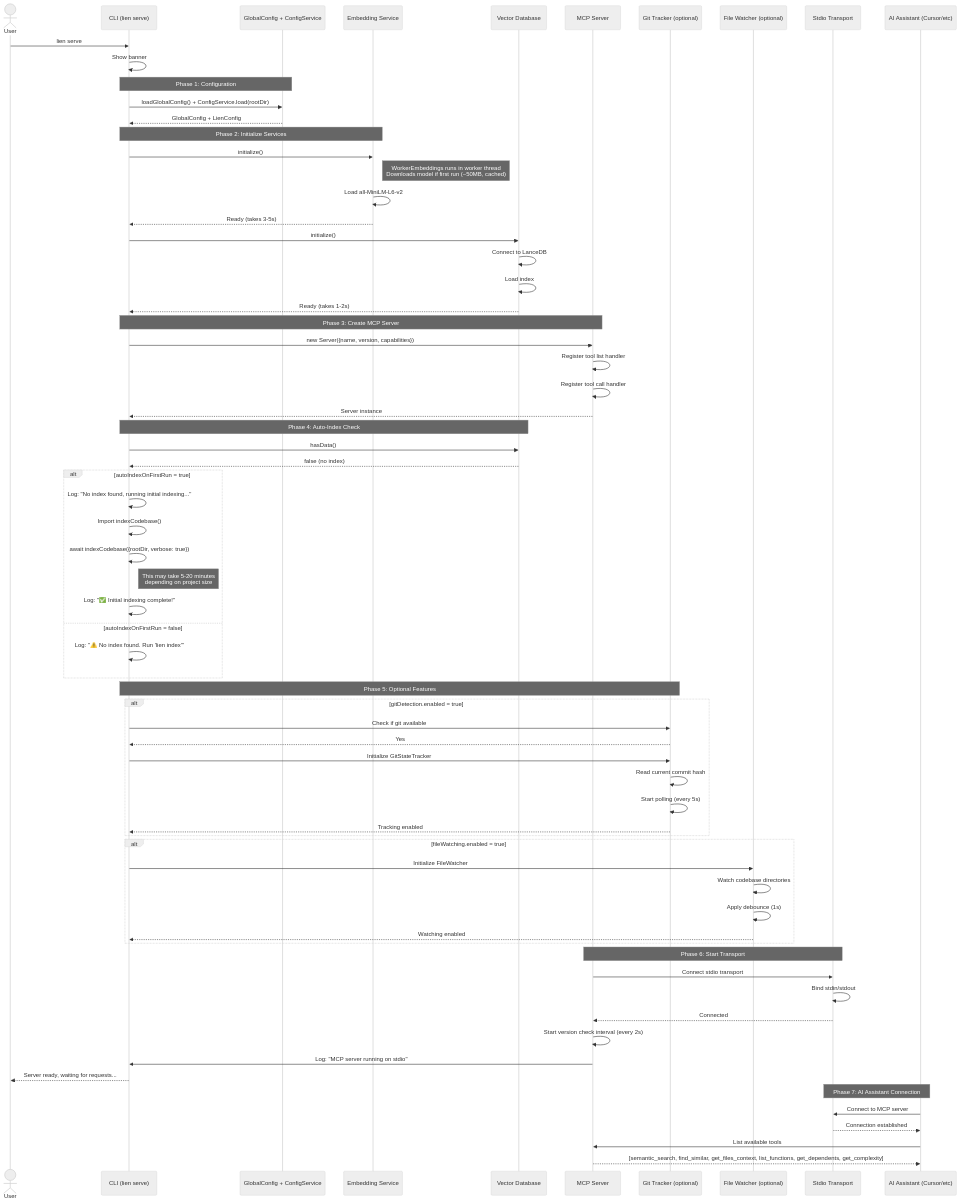
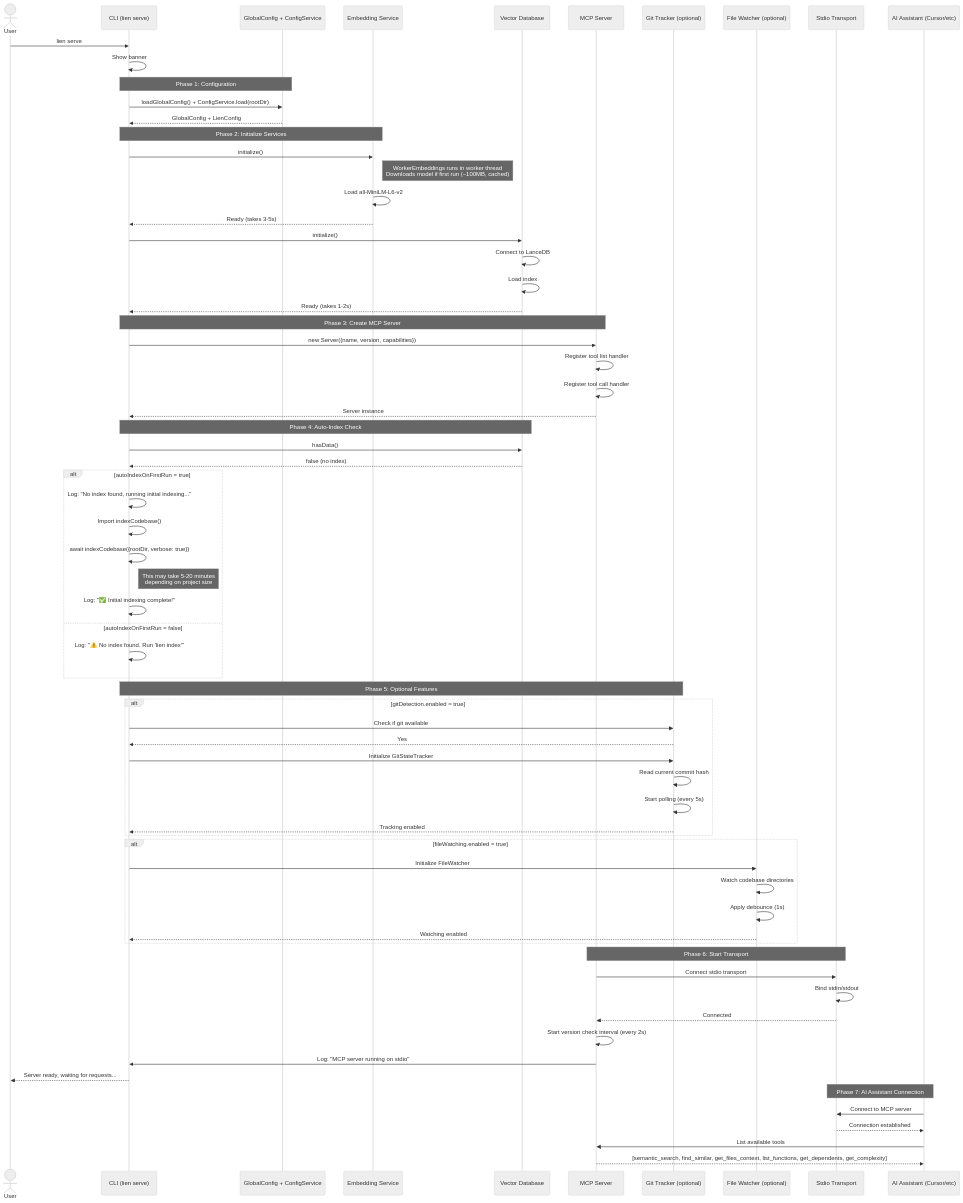
The first of 6 diagrams in docs/architecture/mcp-server-flow.md (getlien/lien), drawn with Mermaid (neutral theme) before and after one commit. The commit also changed 16 other files, not shown here.

```diff
--- a/docs/architecture/mcp-server-flow.md
+++ b/docs/architecture/mcp-server-flow.md
@@ -26,7 +26,7 @@
     
     Note over CLI,Embeddings: Phase 2: Initialize Services
     CLI->>Embeddings: initialize()
-    Note right of Embeddings: WorkerEmbeddings runs in worker thread<br/>Downloads model if first run (~50MB, cached)
+    Note right of Embeddings: WorkerEmbeddings runs in worker thread<br/>Downloads model if first run (~100MB, cached)
     Embeddings->>Embeddings: Load all-MiniLM-L6-v2
     Embeddings-->>CLI: Ready (takes 3-5s)
     
```
